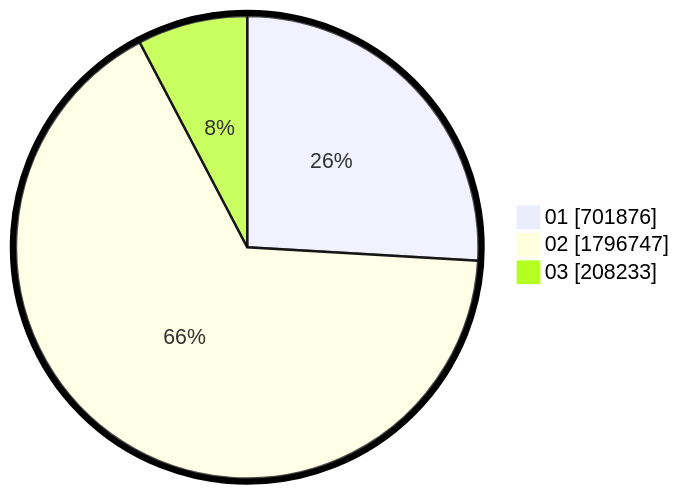
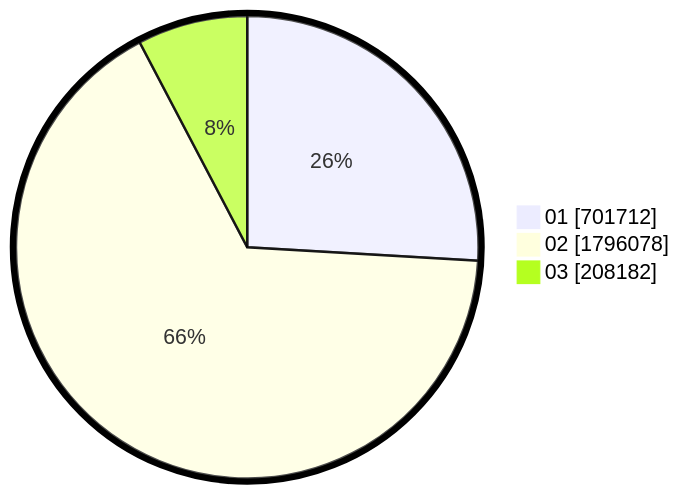
One commit to gigit-pemilu/pemilu-2024 changed the second of 2 diagrams in pilpres/hitung-suara/sub/table-wilayah-52.md. Above: the diagram before and after it, drawn with Mermaid. The commit also changed other lines of this file and 11 other files, not shown here.

````diff
--- a/pilpres/hitung-suara/sub/table-wilayah-52.md
+++ b/pilpres/hitung-suara/sub/table-wilayah-52.md
@@ -15,7 +15,7 @@
 ```mermaid
 %%{init: {"pie": {"textPosition": 0.5}, "themeVariables": {"pieOuterStrokeWidth": "5px"}} }%%
 pie showData
-    "01" : 701876
-    "02" : 1796747
-    "03" : 208233
+    "01" : 701712
+    "02" : 1796078
+    "03" : 208182
 ```
````
